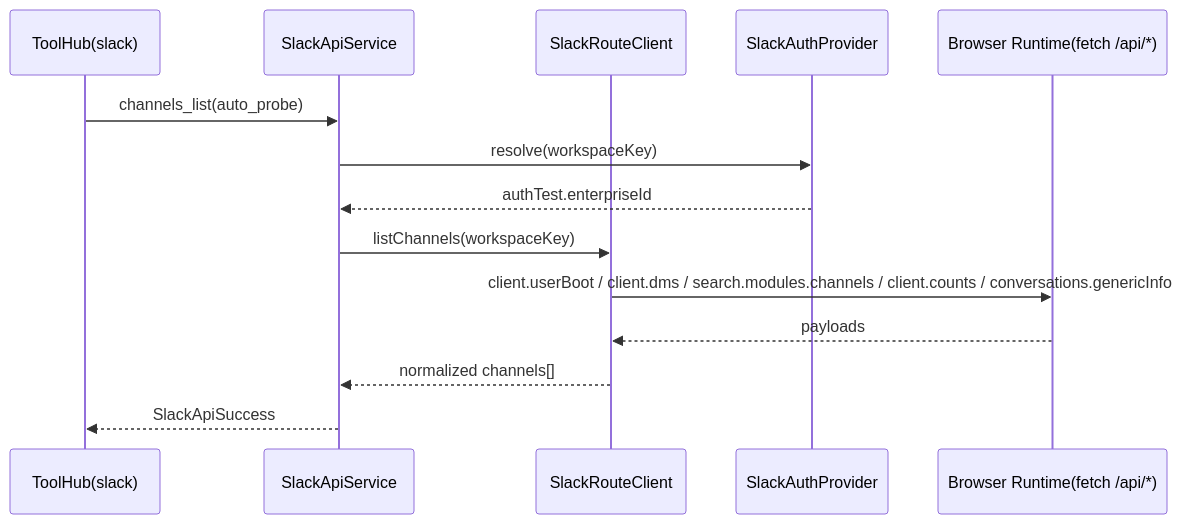
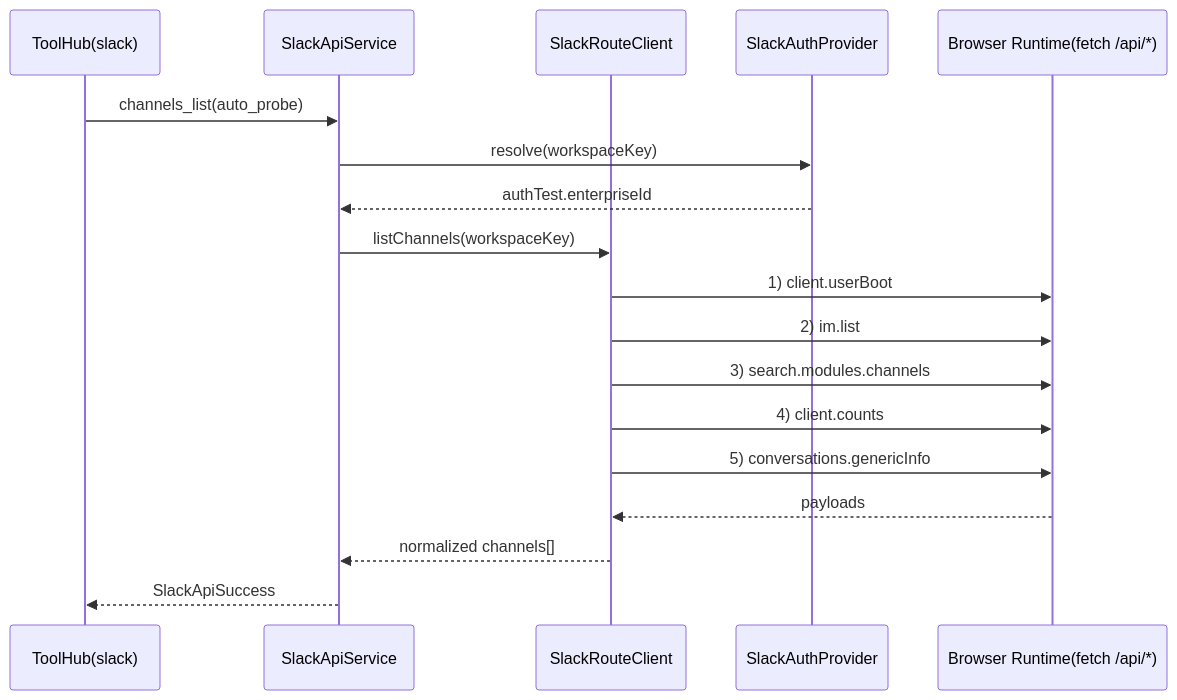
Before and after one commit to masahide/adjutant: the second of 2 diagrams in doc/plan/260225-s04-slack-api-tools-vendor-contract-alignment.md, drawn with Mermaid. The commit also changed other lines of this file and 11 other files, not shown here.

````diff
--- a/doc/plan/260225-s04-slack-api-tools-vendor-contract-alignment.md
+++ b/doc/plan/260225-s04-slack-api-tools-vendor-contract-alignment.md
@@ -218,17 +310,21 @@
 ```mermaid
 sequenceDiagram
   participant Tool as ToolHub(slack)
   participant Service as SlackApiService
   participant Client as SlackRouteClient
   participant Auth as SlackAuthProvider
   participant CDP as Browser Runtime(fetch /api/*)
 
   Tool->>Service: channels_list(auto_probe)
   Service->>Auth: resolve(workspaceKey)
   Auth-->>Service: authTest.enterpriseId
   Service->>Client: listChannels(workspaceKey)
-  Client->>CDP: client.userBoot / client.dms / search.modules.channels / client.counts / conversations.genericInfo
+  Client->>CDP: 1) client.userBoot
+  Client->>CDP: 2) im.list
+  Client->>CDP: 3) search.modules.channels
+  Client->>CDP: 4) client.counts
+  Client->>CDP: 5) conversations.genericInfo
   CDP-->>Client: payloads
   Client-->>Service: normalized channels[]
   Service-->>Tool: SlackApiSuccess
 ```
````
